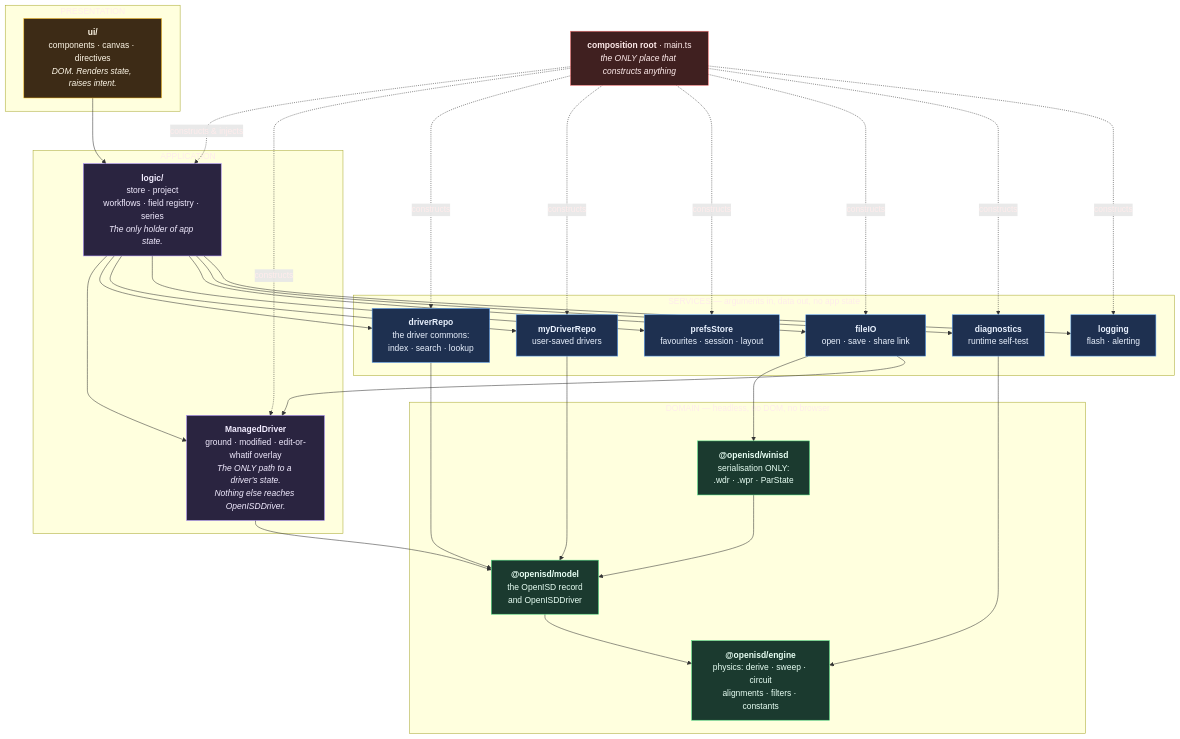
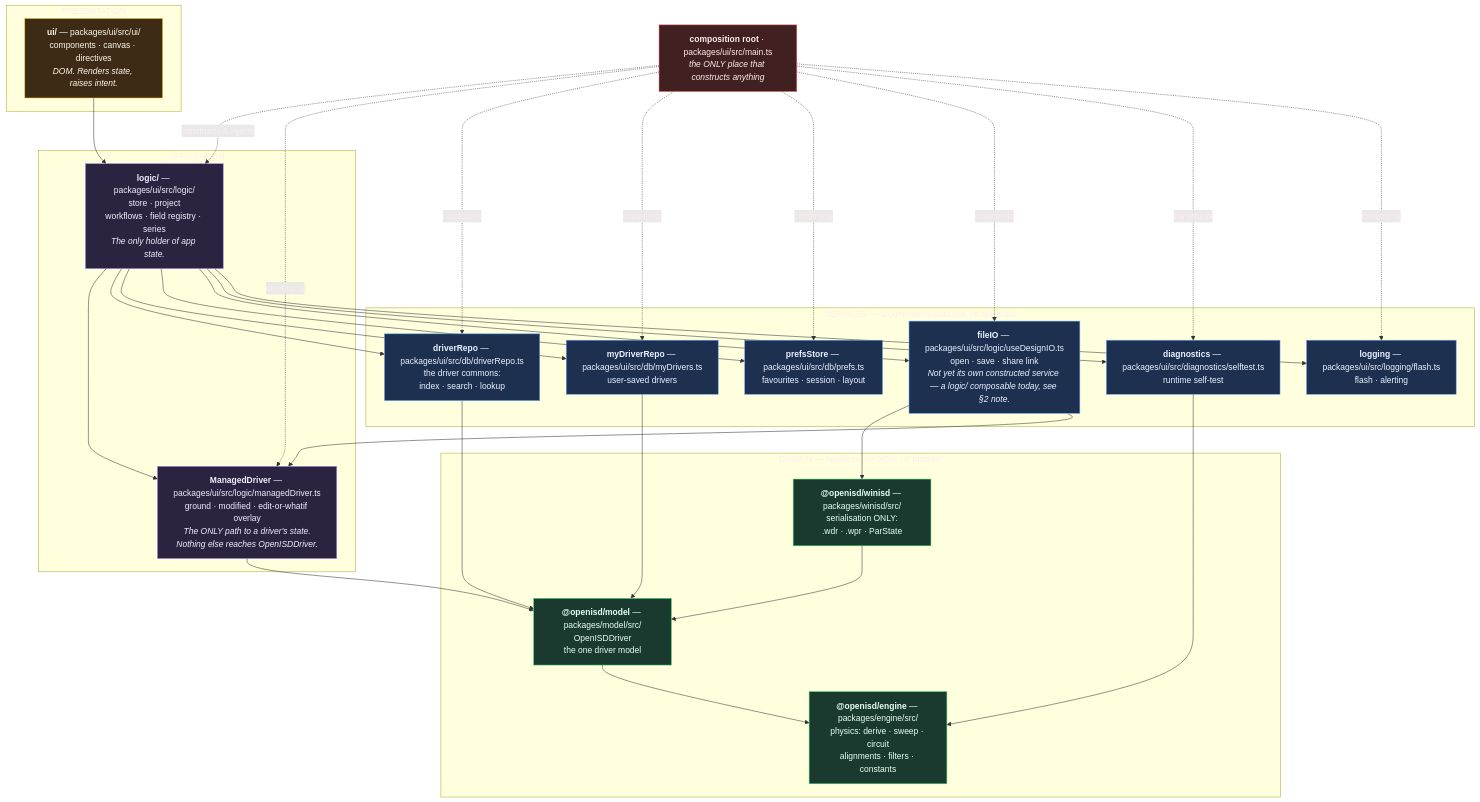
One commit to Johnlon/openisd changed the second of 3 diagrams in ARCHITECTURE.md. Above: the diagram before and after it, drawn with Mermaid. The commit also changed other lines of this file and 31 other files, not shown here.

````diff
--- a/ARCHITECTURE.md
+++ b/ARCHITECTURE.md
@@ -110,65 +110,65 @@
 ```mermaid
 graph TD
     subgraph L1["PRESENTATION"]
-        UI["<b>ui/</b><br/>components · canvas · directives<br/><i>DOM. Renders state, raises intent.</i>"]
+        UI["<b>ui/</b> — packages/ui/src/ui/<br/>components · canvas · directives<br/><i>DOM. Renders state, raises intent.</i>"]
     end
 
     subgraph L2["APPLICATION"]
-        LOGIC["<b>logic/</b><br/>store · project<br/>workflows · field registry · series<br/><i>The only holder of app state.</i>"]
-        MANAGED["<b>ManagedDriver</b><br/>ground · modified · edit-or-whatif overlay<br/><i>The ONLY path to a driver's state.<br/>Nothing else reaches OpenISDDriver.</i>"]
+        LOGIC["<b>logic/</b> — packages/ui/src/logic/<br/>store · project<br/>workflows · field registry · series<br/><i>The only holder of app state.</i>"]
+        MANAGED["<b>ManagedDriver</b> — packages/ui/src/logic/managedDriver.ts<br/>ground · modified · edit-or-whatif overlay<br/><i>The ONLY path to a driver's state.<br/>Nothing else reaches OpenISDDriver.</i>"]
     end
 
     subgraph L3["SERVICES — arguments in, data out, no app state"]
-        DRIVERREPO["<b>driverRepo</b><br/>the driver commons:<br/>index · search · lookup"]
-        MYREPO["<b>myDriverRepo</b><br/>user-saved drivers"]
-        PREFS["<b>prefsStore</b><br/>favourites · session · layout"]
-        FILEIO["<b>fileIO</b><br/>open · save · share link"]
-        DIAG["<b>diagnostics</b><br/>runtime self-test"]
-        LOGGING["<b>logging</b><br/>flash · alerting"]
+        DRIVERREPO["<b>driverRepo</b> — packages/ui/src/db/driverRepo.ts<br/>the driver commons:<br/>index · search · lookup"]
+        MYREPO["<b>myDriverRepo</b> — packages/ui/src/db/myDrivers.ts<br/>user-saved drivers"]
+        PREFS["<b>prefsStore</b> — packages/ui/src/db/prefs.ts<br/>favourites · session · layout"]
+        FILEIO["<b>fileIO</b> — packages/ui/src/logic/useDesignIO.ts<br/>open · save · share link<br/><i>Not yet its own constructed service — a logic/ composable today, see §2 note.</i>"]
+        DIAG["<b>diagnostics</b> — packages/ui/src/diagnostics/selftest.ts<br/>runtime self-test"]
+        LOGGING["<b>logging</b> — packages/ui/src/logging/flash.ts<br/>flash · alerting"]
     end
 
     subgraph L4["DOMAIN — headless, no DOM, no browser"]
-        MODEL["<b>@openisd/model</b><br/>the OpenISD record<br/>and OpenISDDriver"]
-        ENGINE["<b>@openisd/engine</b><br/>physics: derive · sweep · circuit<br/>alignments · filters · constants"]
-        SERIAL["<b>@openisd/winisd</b><br/>serialisation ONLY:<br/>.wdr · .wpr · ParState"]
+        MODEL["<b>@openisd/model</b> — packages/model/src/<br/>OpenISDDriver<br/>the one driver model"]
+        ENGINE["<b>@openisd/engine</b> — packages/engine/src/<br/>physics: derive · sweep · circuit<br/>alignments · filters · constants"]
+        SERIAL["<b>@openisd/winisd</b> — packages/winisd/src/<br/>serialisation ONLY:<br/>.wdr · .wpr · ParState"]
     end
 
-    ROOT["<b>composition root</b> · main.ts<br/><i>the ONLY place that constructs anything</i>"]
+    ROOT["<b>composition root</b> · packages/ui/src/main.ts<br/><i>the ONLY place that constructs anything</i>"]
 
     ROOT -.constructs & injects.-> LOGIC
     ROOT -.constructs.-> MANAGED
     ROOT -.constructs.-> DRIVERREPO
     ROOT -.constructs.-> MYREPO
     ROOT -.constructs.-> PREFS
     ROOT -.constructs.-> FILEIO
     ROOT -.constructs.-> DIAG
     ROOT -.constructs.-> LOGGING
 
     UI --> LOGIC
     LOGIC --> MANAGED
     LOGIC --> DRIVERREPO
     LOGIC --> MYREPO
     LOGIC --> PREFS
     LOGIC --> FILEIO
     LOGIC --> DIAG
     LOGIC --> LOGGING
     MANAGED --> MODEL
     DRIVERREPO --> MODEL
     MYREPO --> MODEL
     FILEIO --> SERIAL
     FILEIO --> MANAGED
     DIAG --> ENGINE
     MODEL --> ENGINE
     SERIAL --> MODEL
 
     classDef pres fill:#3d2b16,stroke:#fbbf24,color:#fff8e8
     classDef app fill:#2a2440,stroke:#a78bfa,color:#f2ecff
     classDef svc fill:#1e3050,stroke:#60a5fa,color:#eaf2ff
     classDef dom fill:#1b3a2f,stroke:#4ade80,color:#e8fff4
     classDef root fill:#402020,stroke:#f87171,color:#ffecec
     class UI pres
     class LOGIC,MANAGED app
     class DRIVERREPO,MYREPO,PREFS,FILEIO,DIAG,LOGGING svc
     class MODEL,ENGINE,SERIAL dom
     class ROOT root
 ```
````
